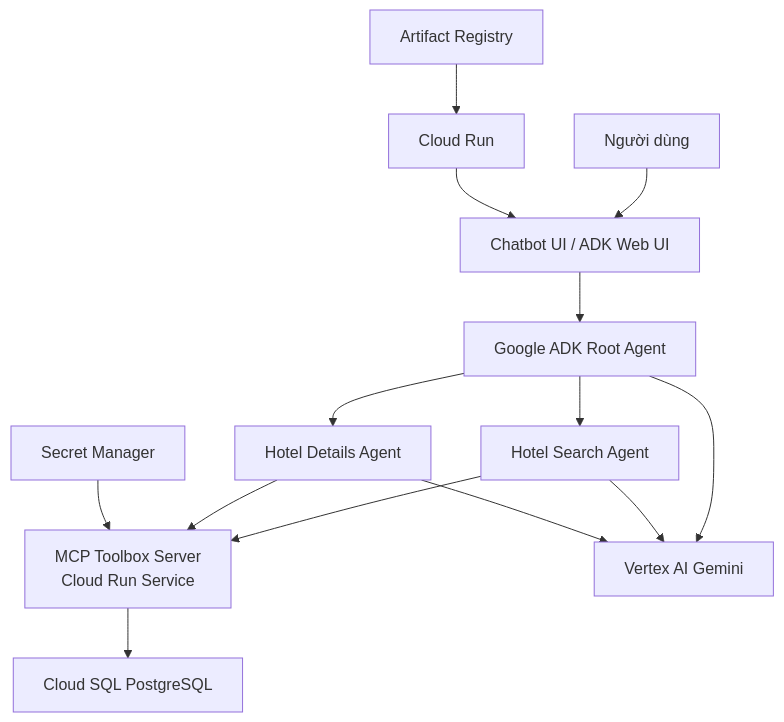
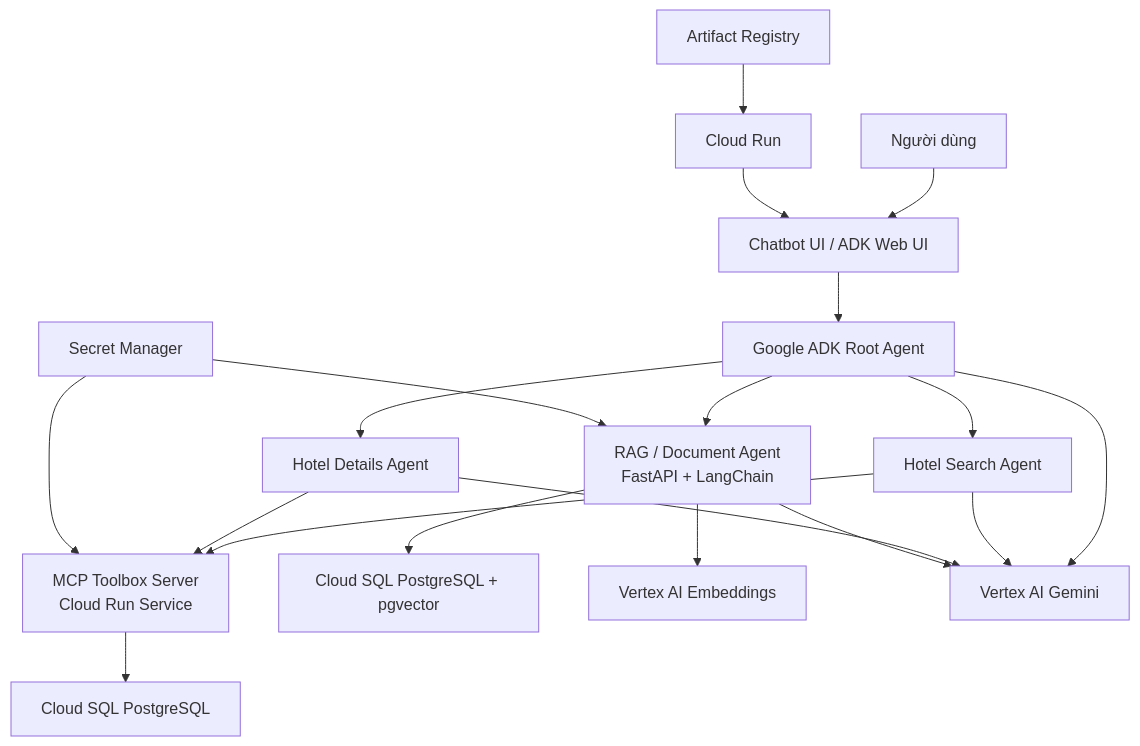
One commit to HoangDiine/GCP_Hotel_DaNang changed the diagram in Booking/docs/Ke_hoach_trien_khai_chatbot_GCP.md. Above: the diagram before and after it, drawn with Mermaid. The commit also changed other lines of this file and 18 other files, not shown here.

Commit message:
Clean up project: remove unrelated folders, add .agents to gitignore, and update chatbot agent & RAG modules

````diff
--- a/Booking/docs/Ke_hoach_trien_khai_chatbot_GCP.md
+++ b/Booking/docs/Ke_hoach_trien_khai_chatbot_GCP.md
@@ -29,16 +32,21 @@
 ```mermaid
 flowchart TD
     U["Người dùng"] --> UI["Chatbot UI / ADK Web UI"]
     UI --> A["Google ADK Root Agent"]
     A --> S["Hotel Search Agent"]
     A --> D["Hotel Details Agent"]
+    A --> R["RAG / Document Agent<br/>FastAPI + LangChain"]
     S --> MCP["MCP Toolbox Server<br/>Cloud Run Service"]
     D --> MCP
     MCP --> SQL["Cloud SQL PostgreSQL"]
+    R --> PGV["Cloud SQL PostgreSQL + pgvector"]
+    R --> EMB["Vertex AI Embeddings"]
     A --> V["Vertex AI Gemini"]
     S --> V
     D --> V
+    R --> V
     SM["Secret Manager"] --> MCP
+    SM --> R
     AR["Artifact Registry"] --> CR["Cloud Run"]
     CR --> UI
 ```
````
